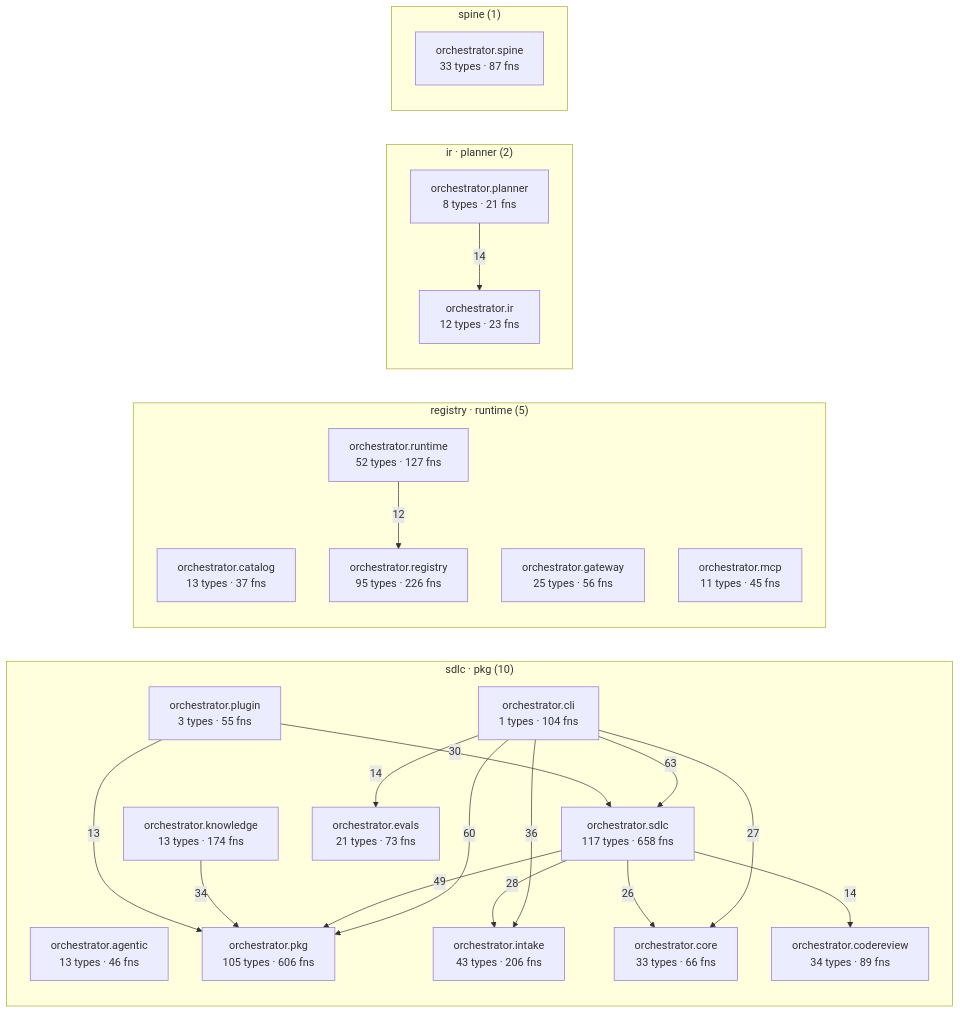
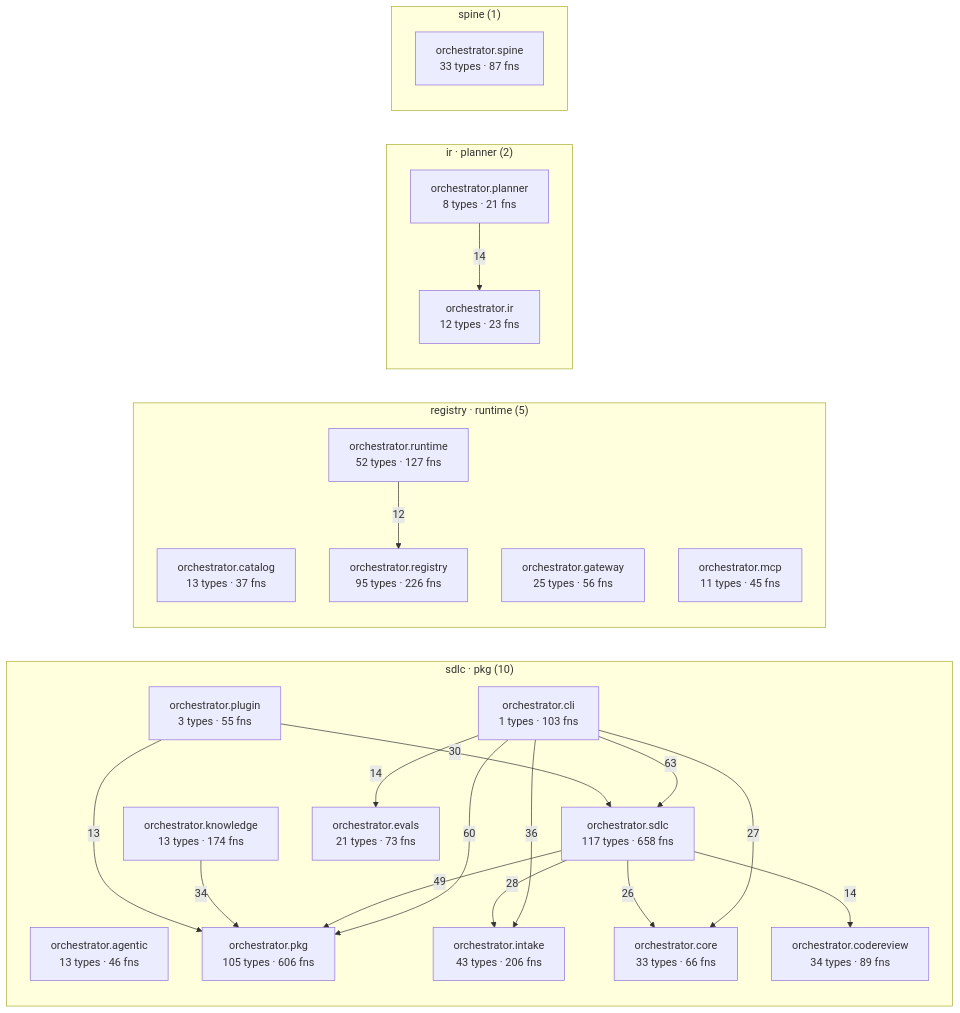
The diagram in episteme/architecture.md (synaptixs/spine), drawn with Mermaid before and after one commit. The commit also changed other lines of this file and 33 other files, not shown here.

````diff
--- a/episteme/architecture.md
+++ b/episteme/architecture.md
@@ -54,43 +54,43 @@
 ```mermaid
 flowchart LR
   subgraph c_2["sdlc · pkg (10)"]
     aorchestratoragentic["orchestrator.agentic<br/>13 types · 46 fns"]
-    aorchestratorcli["orchestrator.cli<br/>1 types · 104 fns"]
+    aorchestratorcli["orchestrator.cli<br/>1 types · 103 fns"]
     aorchestratorcodereview["orchestrator.codereview<br/>34 types · 89 fns"]
     aorchestratorcore["orchestrator.core<br/>33 types · 66 fns"]
     aorchestratorevals["orchestrator.evals<br/>21 types · 73 fns"]
     aorchestratorintake["orchestrator.intake<br/>43 types · 206 fns"]
     aorchestratorknowledge["orchestrator.knowledge<br/>13 types · 174 fns"]
     aorchestratorpkg["orchestrator.pkg<br/>105 types · 606 fns"]
     aorchestratorplugin["orchestrator.plugin<br/>3 types · 55 fns"]
     aorchestratorsdlc["orchestrator.sdlc<br/>117 types · 658 fns"]
   end
   subgraph c_4["registry · runtime (5)"]
     aorchestratorcatalog["orchestrator.catalog<br/>13 types · 37 fns"]
     aorchestratorgateway["orchestrator.gateway<br/>25 types · 56 fns"]
     aorchestratormcp["orchestrator.mcp<br/>11 types · 45 fns"]
     aorchestratorregistry["orchestrator.registry<br/>95 types · 226 fns"]
     aorchestratorruntime["orchestrator.runtime<br/>52 types · 127 fns"]
   end
   subgraph c_7["ir · planner (2)"]
     aorchestratorir["orchestrator.ir<br/>12 types · 23 fns"]
     aorchestratorplanner["orchestrator.planner<br/>8 types · 21 fns"]
   end
   subgraph c_10["spine (1)"]
     aorchestratorspine["orchestrator.spine<br/>33 types · 87 fns"]
   end
   aorchestratorcli -->|63| aorchestratorsdlc
   aorchestratorcli -->|60| aorchestratorpkg
   aorchestratorsdlc -->|49| aorchestratorpkg
   aorchestratorcli -->|36| aorchestratorintake
   aorchestratorknowledge -->|34| aorchestratorpkg
   aorchestratorplugin -->|30| aorchestratorsdlc
   aorchestratorsdlc -->|28| aorchestratorintake
   aorchestratorcli -->|27| aorchestratorcore
   aorchestratorsdlc -->|26| aorchestratorcore
   aorchestratorcli -->|14| aorchestratorevals
   aorchestratorplanner -->|14| aorchestratorir
   aorchestratorsdlc -->|14| aorchestratorcodereview
   aorchestratorplugin -->|13| aorchestratorpkg
   aorchestratorruntime -->|12| aorchestratorregistry
 ```
````
